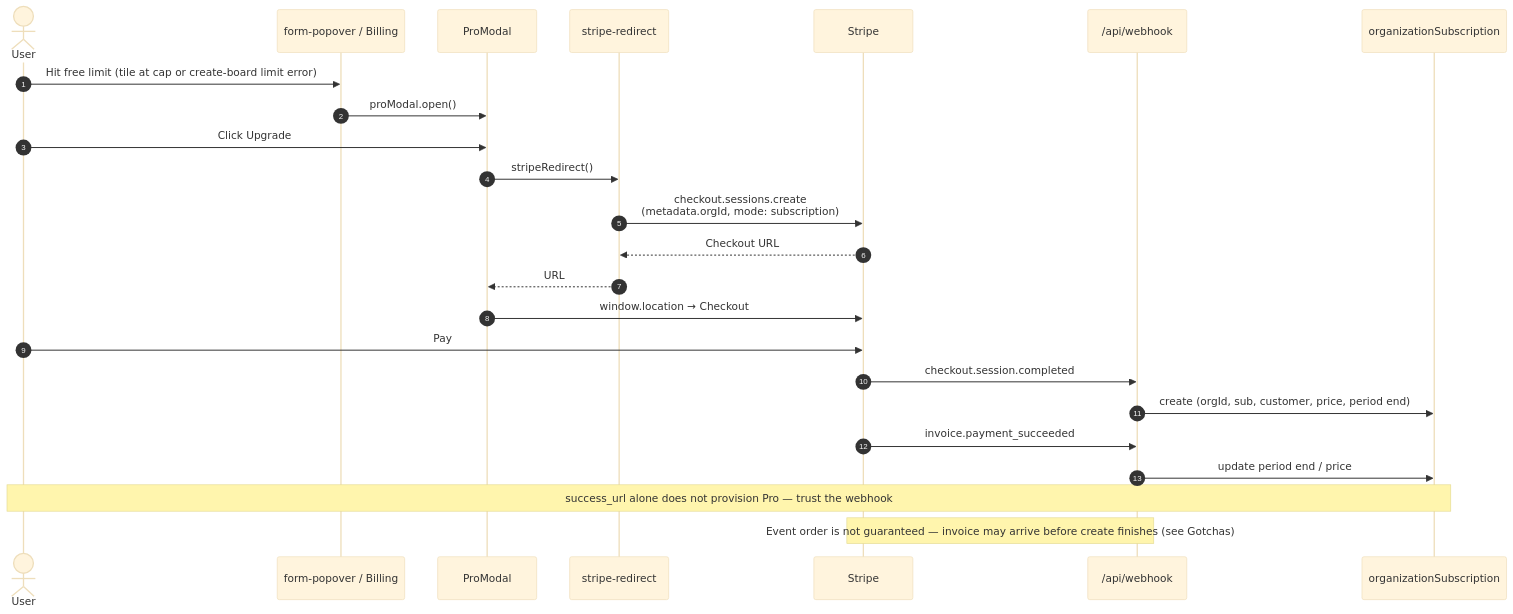
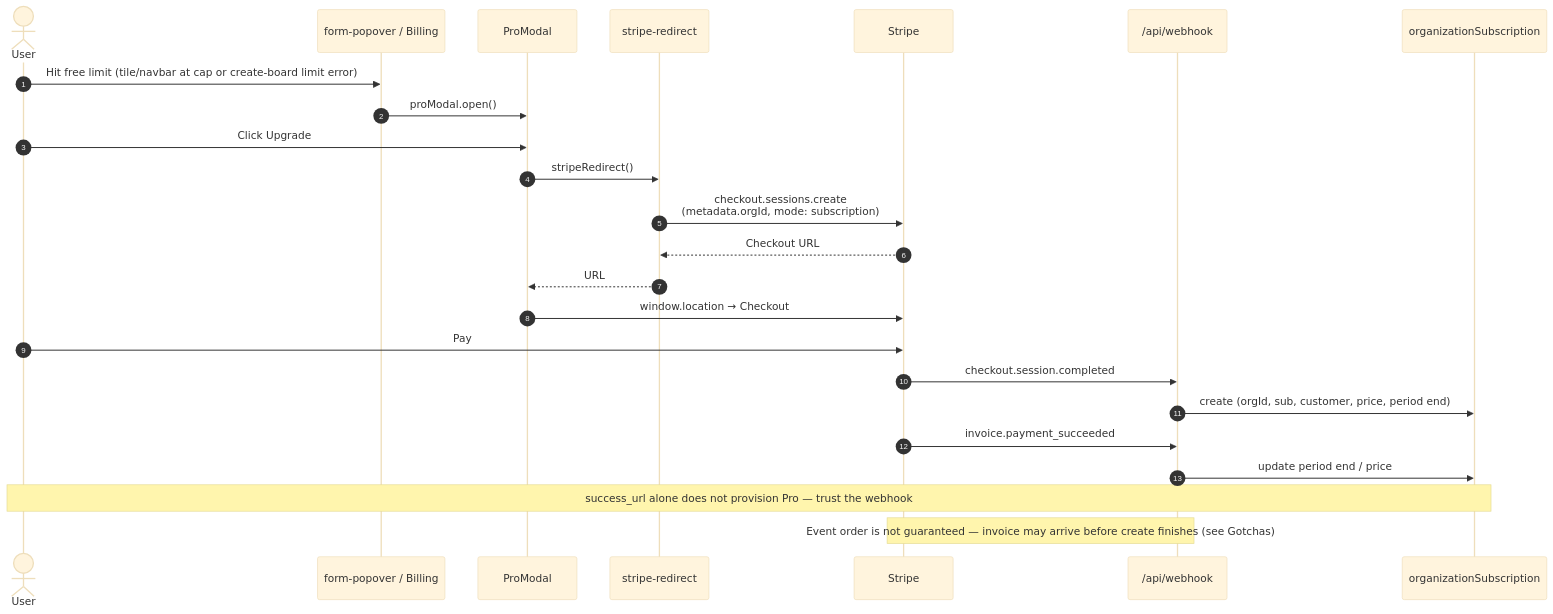
One commit to manhcuongdtbk/taskify changed the fifth of 7 diagrams in docs/billing.md. Above: the diagram before and after it, drawn with Mermaid (base theme). The commit also changed other lines of this file and 14 other files, not shown here.

First line of the commit message:
Share the Free-cap create gate across navbar and tile.

````diff
--- a/docs/billing.md
+++ b/docs/billing.md
@@ -231,27 +231,27 @@
 ```mermaid
 sequenceDiagram
   autonumber
   actor User
   participant UI as form-popover / Billing
   participant Modal as ProModal
   participant Action as stripe-redirect
   participant Stripe as Stripe
   participant Webhook as /api/webhook
   participant DB as organizationSubscription
 
-  User->>UI: Hit free limit (tile at cap or create-board limit error)
+  User->>UI: Hit free limit (tile/navbar at cap or create-board limit error)
   UI->>Modal: proModal.open()
   User->>Modal: Click Upgrade
   Modal->>Action: stripeRedirect()
   Action->>Stripe: checkout.sessions.create<br/>(metadata.orgId, mode: subscription)
   Stripe-->>Action: Checkout URL
   Action-->>Modal: URL
   Modal->>Stripe: window.location → Checkout
   User->>Stripe: Pay
   Stripe->>Webhook: checkout.session.completed
   Webhook->>DB: create (orgId, sub, customer, price, period end)
   Stripe->>Webhook: invoice.payment_succeeded
   Webhook->>DB: update period end / price
   Note over User,DB: success_url alone does not provision Pro — trust the webhook
   Note over Stripe,Webhook: Event order is not guaranteed — invoice may arrive before create finishes (see Gotchas)
 ```
````
